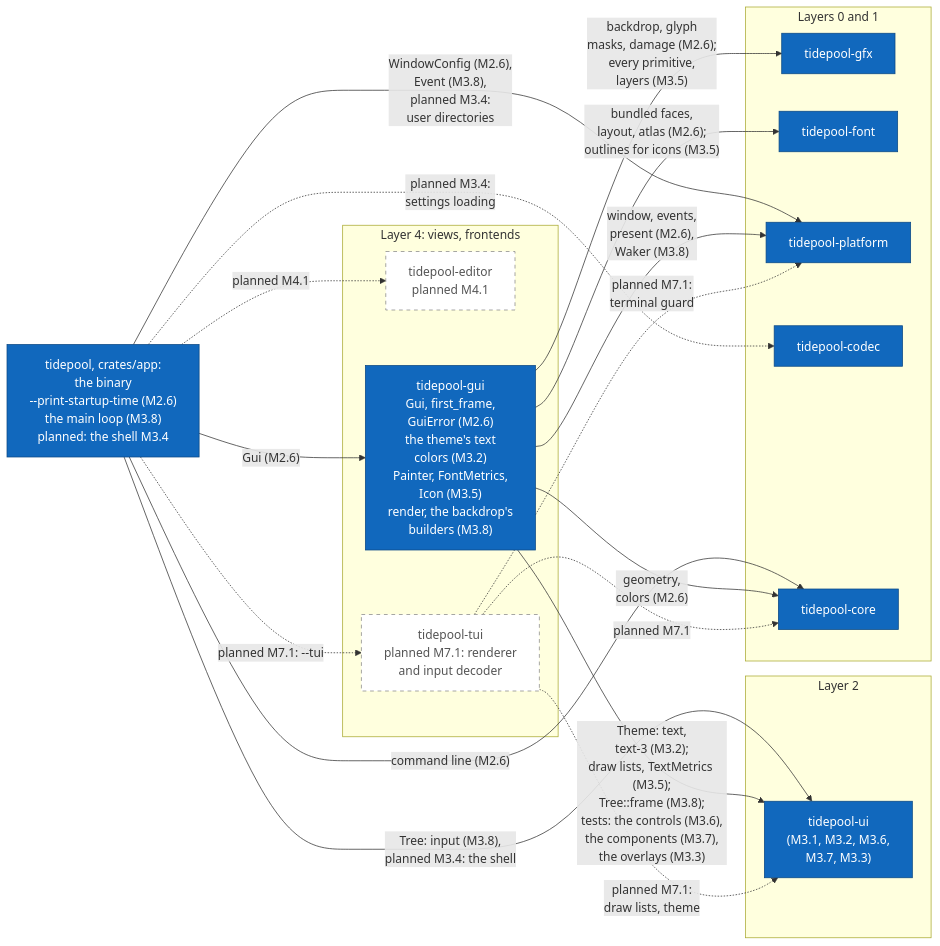
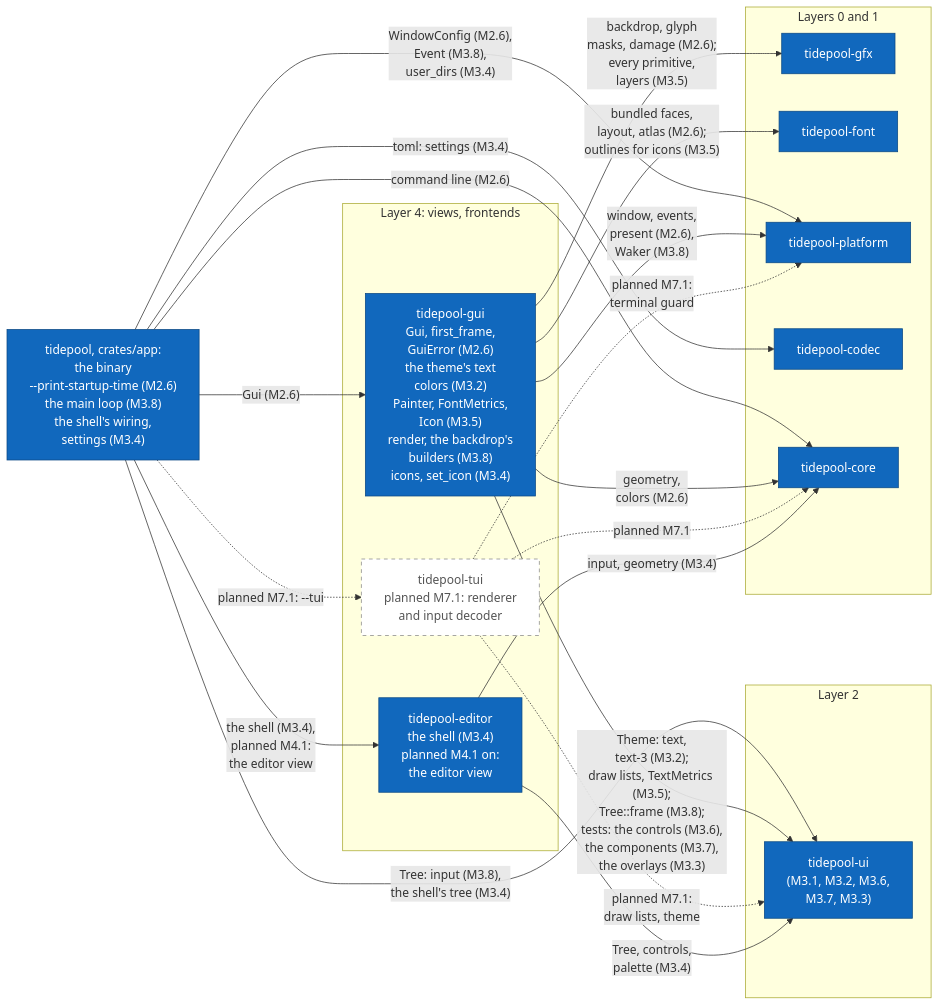
The tenth of 17 diagrams in diagrams/c4-architecture.md (jabbott-iii/Tidepool), drawn with Mermaid before and after one commit. The commit also changed other lines of this file and 38 other files, not shown here.

First line of the commit message:
feat(editor,app): the shell (M3.4, ADR-0060)

````diff
--- a/diagrams/c4-architecture.md
+++ b/diagrams/c4-architecture.md
@@ -544,40 +548,42 @@
 ```mermaid
 flowchart LR
-    k_app["tidepool, crates/app:<br/>the binary<br/>--print-startup-time (M2.6)<br/>the main loop (M3.8)<br/>planned: the shell M3.4"]
+    k_app["tidepool, crates/app:<br/>the binary<br/>--print-startup-time (M2.6)<br/>the main loop (M3.8)<br/>the shell's wiring,<br/>settings (M3.4)"]
     subgraph L4["Layer 4: views, frontends"]
-        k_editor["tidepool-editor<br/>planned M4.1"]
-        k_gui["tidepool-gui<br/>Gui, first_frame,<br/>GuiError (M2.6)<br/>the theme's text<br/>colors (M3.2)<br/>Painter, FontMetrics,<br/>Icon (M3.5)<br/>render, the backdrop's<br/>builders (M3.8)"]
+        k_editor["tidepool-editor<br/>the shell (M3.4)<br/>planned M4.1 on:<br/>the editor view"]
+        k_gui["tidepool-gui<br/>Gui, first_frame,<br/>GuiError (M2.6)<br/>the theme's text<br/>colors (M3.2)<br/>Painter, FontMetrics,<br/>Icon (M3.5)<br/>render, the backdrop's<br/>builders (M3.8)<br/>icons, set_icon (M3.4)"]
         k_tui["tidepool-tui<br/>planned M7.1: renderer<br/>and input decoder"]
     end
     subgraph L2["Layer 2"]
         k_ui["tidepool-ui<br/>(M3.1, M3.2, M3.6,<br/>M3.7, M3.3)"]
     end
     subgraph L01["Layers 0 and 1"]
         k_gfx["tidepool-gfx"]
         k_font["tidepool-font"]
         k_platform["tidepool-platform"]
         k_codec["tidepool-codec"]
         k_core["tidepool-core"]
     end
 
     k_app -->|"Gui (M2.6)"| k_gui
     k_app -.->|"planned M7.1: --tui"| k_tui
-    k_app -.->|"planned M4.1"| k_editor
-    k_app -->|"Tree: input (M3.8),<br/>planned M3.4: the shell"| k_ui
-    k_app -.->|"planned M3.4:<br/>settings loading"| k_codec
-    k_app -->|"WindowConfig (M2.6),<br/>Event (M3.8),<br/>planned M3.4:<br/>user directories"| k_platform
+    k_app -->|"the shell (M3.4),<br/>planned M4.1:<br/>the editor view"| k_editor
+    k_app -->|"Tree: input (M3.8),<br/>the shell's tree (M3.4)"| k_ui
+    k_app -->|"toml: settings (M3.4)"| k_codec
+    k_app -->|"WindowConfig (M2.6),<br/>Event (M3.8),<br/>user_dirs (M3.4)"| k_platform
     k_app -->|"command line (M2.6)"| k_core
     k_gui -->|"geometry,<br/>colors (M2.6)"| k_core
     k_gui -->|"window, events,<br/>present (M2.6),<br/>Waker (M3.8)"| k_platform
     k_gui -->|"backdrop, glyph<br/>masks, damage (M2.6);<br/>every primitive,<br/>layers (M3.5)"| k_gfx
     k_gui -->|"bundled faces,<br/>layout, atlas (M2.6);<br/>outlines for icons (M3.5)"| k_font
     k_gui -->|"Theme: text,<br/>text-3 (M3.2);<br/>draw lists, TextMetrics (M3.5);<br/>Tree::frame (M3.8);<br/>tests: the controls (M3.6),<br/>the components (M3.7),<br/>the overlays (M3.3)"| k_ui
     k_tui -.->|"planned M7.1"| k_core
     k_tui -.->|"planned M7.1:<br/>terminal guard"| k_platform
     k_tui -.->|"planned M7.1:<br/>draw lists, theme"| k_ui
+    k_editor -->|"Tree, controls,<br/>palette (M3.4)"| k_ui
+    k_editor -->|"input, geometry (M3.4)"| k_core
 
     classDef built fill:#1168bd,stroke:#0b4884,color:#ffffff
     classDef planned fill:#ffffff,stroke:#888888,stroke-dasharray: 5 5,color:#555555
-    class k_app,k_gui,k_platform,k_codec,k_gfx,k_font,k_core,k_ui built
-    class k_editor,k_tui planned
+    class k_app,k_editor,k_gui,k_platform,k_codec,k_gfx,k_font,k_core,k_ui built
+    class k_tui planned
 ```
````
